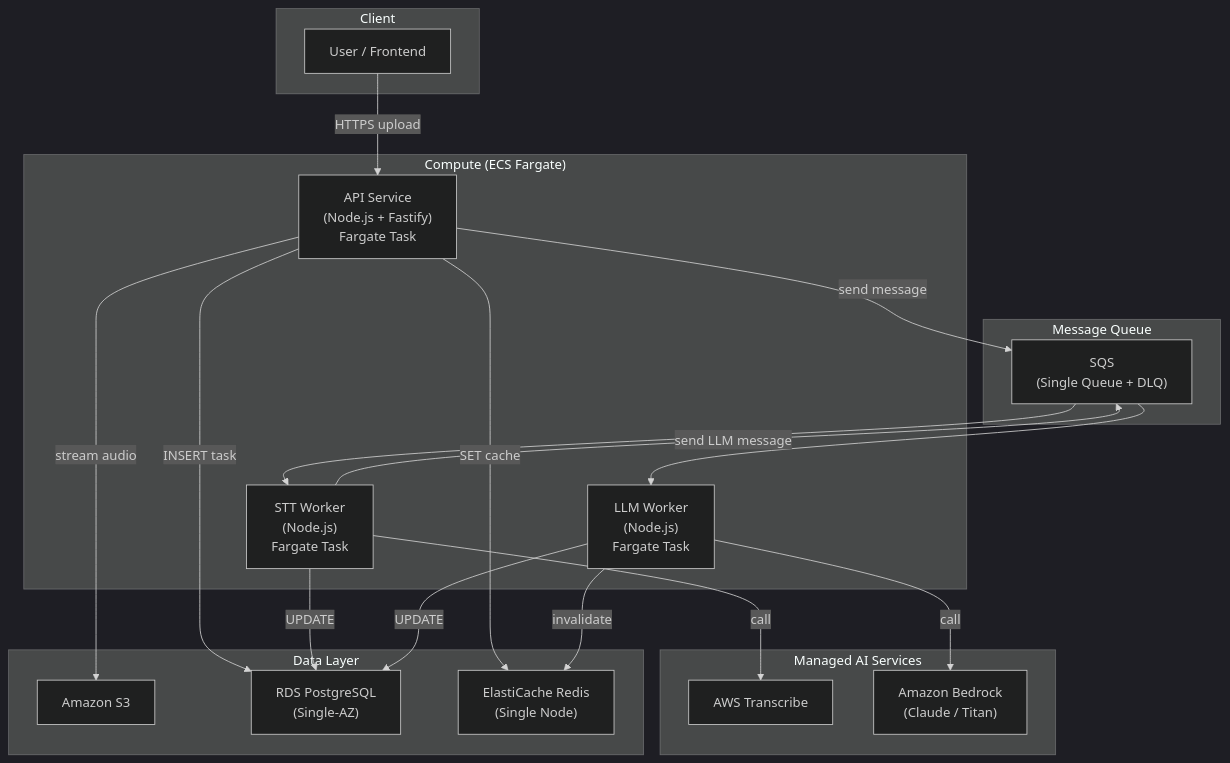
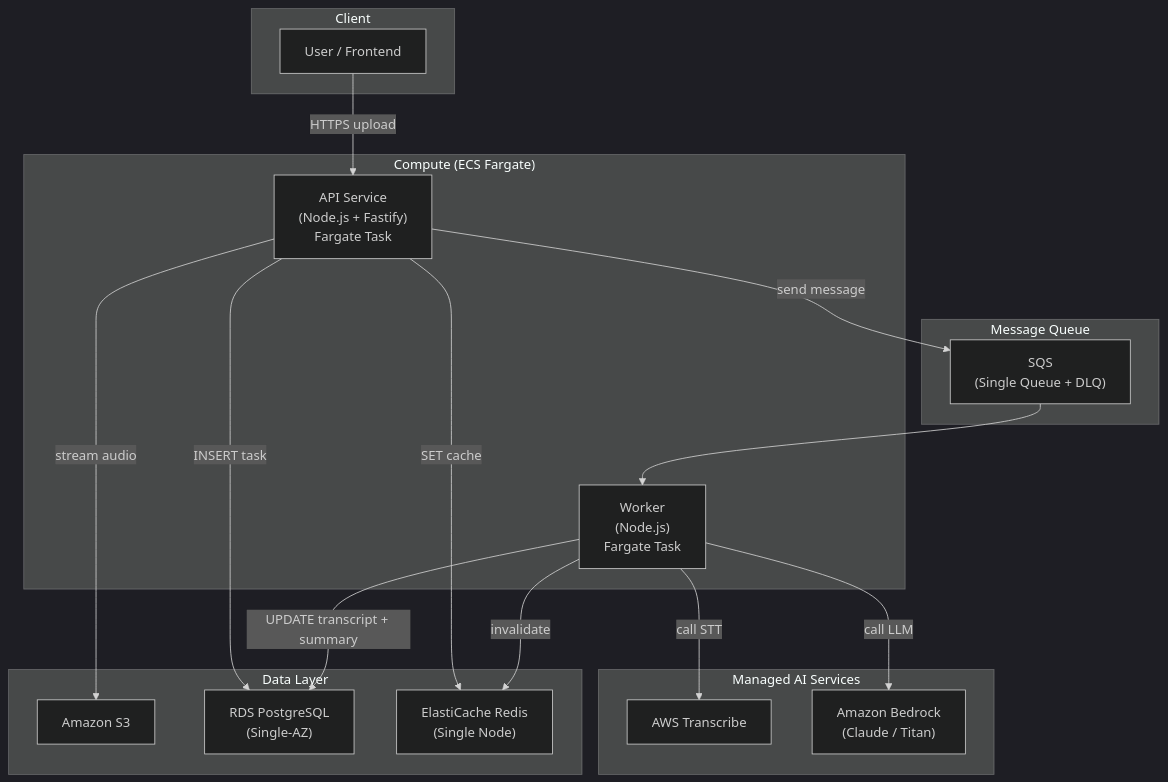
Before and after one commit to m24927605/system-architecture-design: the first of 13 diagrams in ARCHITECTURE.md, drawn with Mermaid (dark theme). The commit also changed other lines of this file and 5 other files, not shown here.

Commit message:
Align MVP architecture with single worker flow

````diff
--- a/ARCHITECTURE.md
+++ b/ARCHITECTURE.md
@@ -44,43 +44,38 @@
 ```mermaid
 graph TB
     subgraph Client
         User["User / Frontend"]
     end
 
     subgraph Compute["Compute (ECS Fargate)"]
         API["API Service<br/>(Node.js + Fastify)<br/>Fargate Task"]
-        STTW["STT Worker<br/>(Node.js)<br/>Fargate Task"]
-        LLMW["LLM Worker<br/>(Node.js)<br/>Fargate Task"]
+        W["Worker<br/>(Node.js)<br/>Fargate Task"]
     end
 
     subgraph ManagedAI["Managed AI Services"]
         Transcribe["AWS Transcribe"]
         Bedrock["Amazon Bedrock<br/>(Claude / Titan)"]
     end
 
     subgraph Queue["Message Queue"]
         SQS["SQS<br/>(Single Queue + DLQ)"]
     end
 
     subgraph DataLayer["Data Layer"]
         S3["Amazon S3"]
         RDS["RDS PostgreSQL<br/>(Single-AZ)"]
         Redis["ElastiCache Redis<br/>(Single Node)"]
     end
 
     User -->|HTTPS upload| API
     API -->|stream audio| S3
     API -->|INSERT task| RDS
     API -->|SET cache| Redis
     API -->|send message| SQS
 
-    SQS --> STTW
-    STTW -->|call| Transcribe
-    STTW -->|UPDATE| RDS
-    STTW -->|send LLM message| SQS
-
-    SQS --> LLMW
-    LLMW -->|call| Bedrock
-    LLMW -->|UPDATE| RDS
-    LLMW -->|invalidate| Redis
+    SQS --> W
+    W -->|call STT| Transcribe
+    W -->|call LLM| Bedrock
+    W -->|UPDATE transcript + summary| RDS
+    W -->|invalidate| Redis
 ```
````
